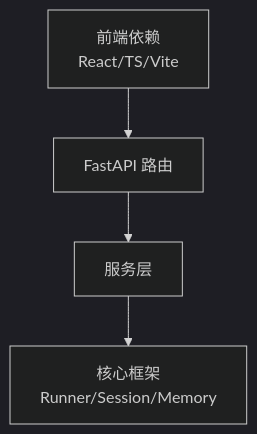
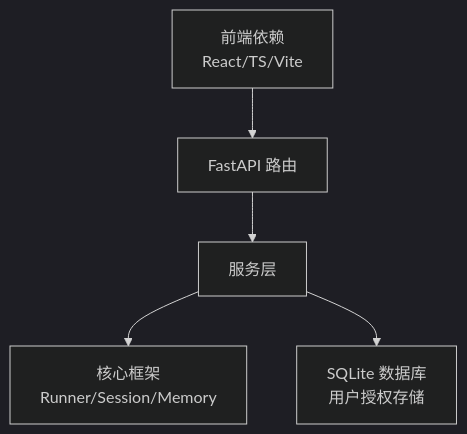
One commit to YU-JI-KUI/ark-agentic changed the ninth of 9 diagrams in repowiki/zh/content/Studio 开发工具/Studio 开发工具.md. Above: the diagram before and after it, drawn with Mermaid (dark theme). The commit also changed other lines of this file and 9 other files, not shown here.

````diff
--- a/repowiki/zh/content/Studio 开发工具/Studio 开发工具.md
+++ b/repowiki/zh/content/Studio 开发工具/Studio 开发工具.md
@@ -318,6 +379,7 @@
 ```mermaid
 graph TB
 FE["前端依赖<br/>React/TS/Vite"] --> API["FastAPI 路由"]
 API --> SVC["服务层"]
 SVC --> CORE["核心框架<br/>Runner/Session/Memory"]
+SVC --> DB["SQLite 数据库<br/>用户授权存储"]
 ```
````
